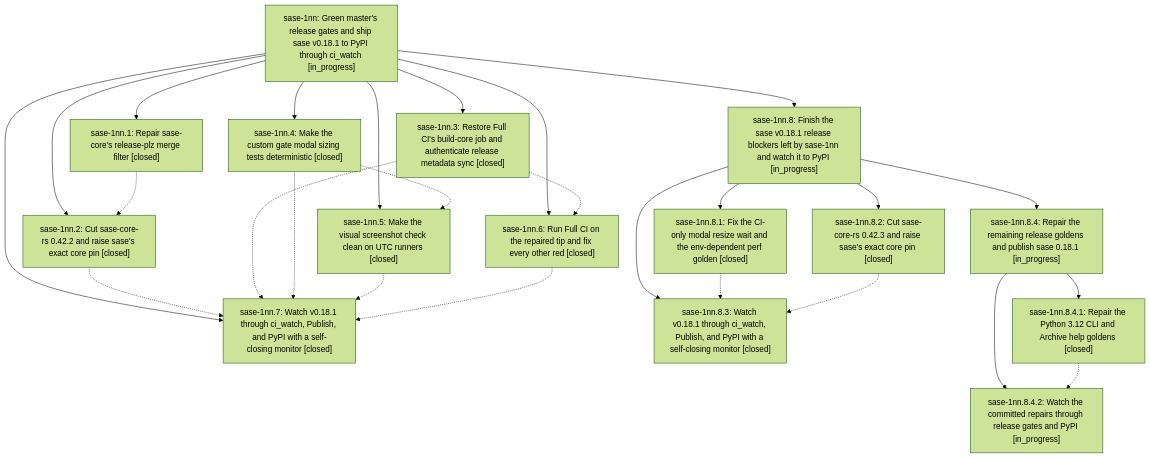
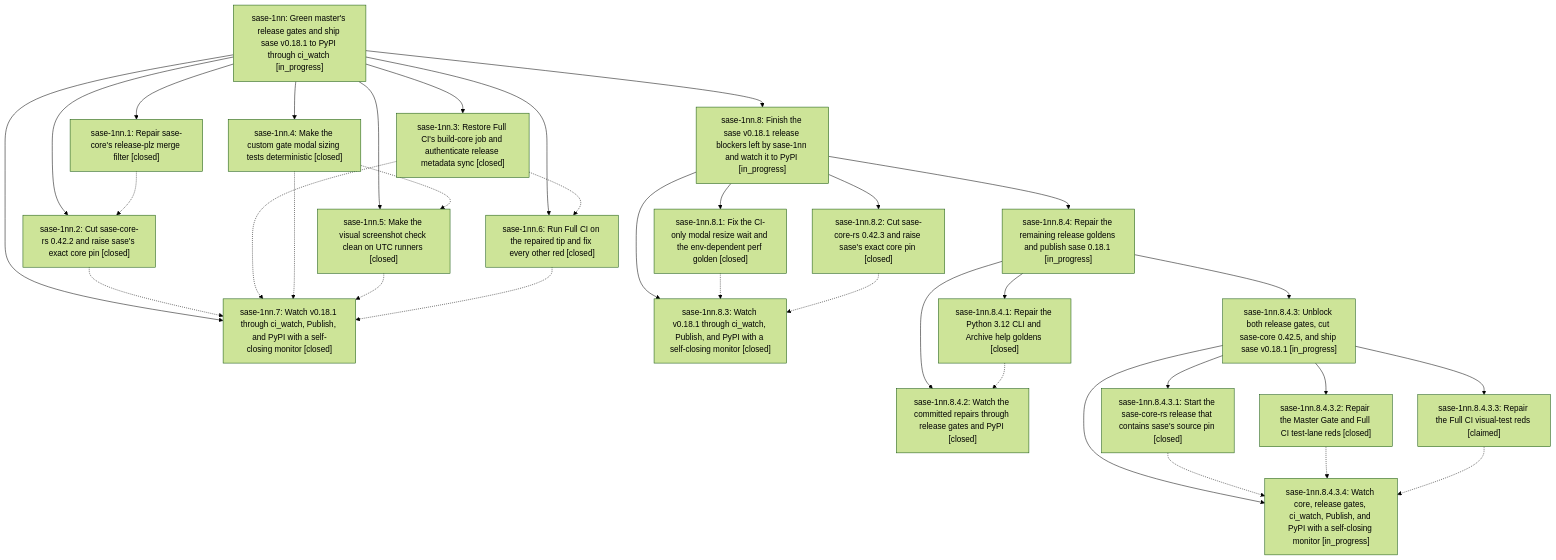
The diagram in pages/sase-1nn/README.md (sase-org/sase--beads), drawn with Mermaid (forest theme) before and after one commit. The commit also changed other lines of this file and 13 other files, not shown here.

````diff
--- a/pages/sase-1nn/README.md
+++ b/pages/sase-1nn/README.md
@@ -67,43 +67,56 @@
 ```mermaid
 flowchart TD
     n0["sase-1nn: Green master's release gates and ship sase v0.18.1 to PyPI through ci_watch [in_progress]"]
     n1["sase-1nn.1: Repair sase-core's release-plz merge filter [closed]"]
     n2["sase-1nn.2: Cut sase-core-rs 0.42.2 and raise sase's exact core pin [closed]"]
     n3["sase-1nn.3: Restore Full CI's build-core job and authenticate release metadata sync [closed]"]
     n4["sase-1nn.4: Make the custom gate modal sizing tests deterministic [closed]"]
     n5["sase-1nn.5: Make the visual screenshot check clean on UTC runners [closed]"]
     n6["sase-1nn.6: Run Full CI on the repaired tip and fix every other red [closed]"]
     n7["sase-1nn.7: Watch v0.18.1 through ci_watch, Publish, and PyPI with a self-closing monitor [closed]"]
     n8["sase-1nn.8: Finish the sase v0.18.1 release blockers left by sase-1nn and watch it to PyPI [in_progress]"]
     n9["sase-1nn.8.1: Fix the CI-only modal resize wait and the env-dependent perf golden [closed]"]
     n10["sase-1nn.8.2: Cut sase-core-rs 0.42.3 and raise sase's exact core pin [closed]"]
     n11["sase-1nn.8.3: Watch v0.18.1 through ci_watch, Publish, and PyPI with a self-closing monitor [closed]"]
     n12["sase-1nn.8.4: Repair the remaining release goldens and publish sase 0.18.1 [in_progress]"]
     n13["sase-1nn.8.4.1: Repair the Python 3.12 CLI and Archive help goldens [closed]"]
-    n14["sase-1nn.8.4.2: Watch the committed repairs through release gates and PyPI [in_progress]"]
+    n14["sase-1nn.8.4.2: Watch the committed repairs through release gates and PyPI [closed]"]
+    n15["sase-1nn.8.4.3: Unblock both release gates, cut sase-core 0.42.5, and ship sase v0.18.1 [in_progress]"]
+    n16["sase-1nn.8.4.3.1: Start the sase-core-rs release that contains sase's source pin [closed]"]
+    n17["sase-1nn.8.4.3.2: Repair the Master Gate and Full CI test-lane reds [closed]"]
+    n18["sase-1nn.8.4.3.3: Repair the Full CI visual-test reds [claimed]"]
+    n19["sase-1nn.8.4.3.4: Watch core, release gates, ci_watch, Publish, and PyPI with a self-closing monitor [in_progress]"]
     n0 --> n1
     n0 --> n2
     n0 --> n3
     n0 --> n4
     n0 --> n5
     n0 --> n6
     n0 --> n7
     n0 --> n8
     n8 --> n9
     n8 --> n10
     n8 --> n11
     n8 --> n12
     n12 --> n13
     n12 --> n14
+    n12 --> n15
+    n15 --> n16
+    n15 --> n17
+    n15 --> n18
+    n15 --> n19
     n1 -.-> n2
     n2 -.-> n7
     n3 -.-> n6
     n3 -.-> n7
     n4 -.-> n5
     n4 -.-> n7
     n5 -.-> n7
     n6 -.-> n7
     n9 -.-> n11
     n10 -.-> n11
     n13 -.-> n14
+    n16 -.-> n19
+    n17 -.-> n19
+    n18 -.-> n19
 ```
````
